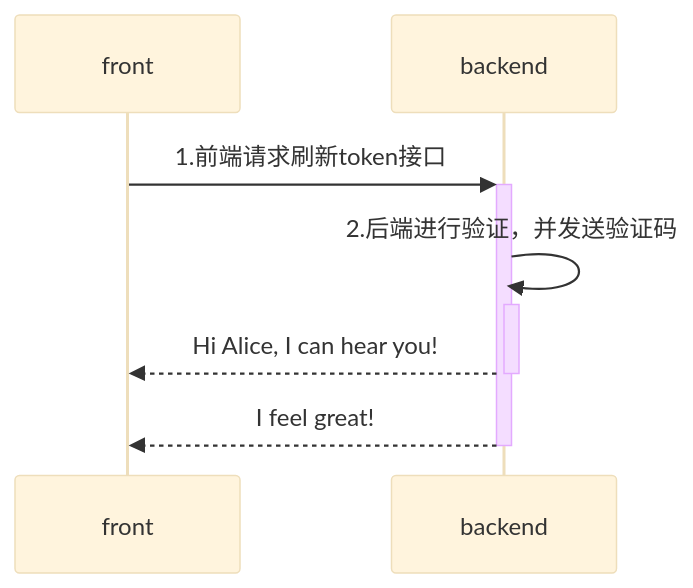
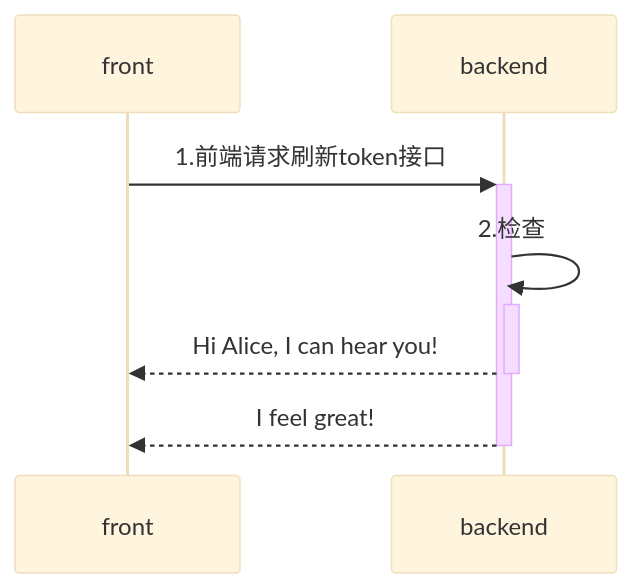
The diagram in all/未命名-4.md (yingjianzh/iodraw-files), drawn with Mermaid (base theme) before and after one commit.

Commit message:
2024-08-02 17:40:48 update

````diff
--- a/all/未命名-4.md
+++ b/all/未命名-4.md
@@ -1,8 +1,8 @@
 ```mermaid
 sequenceDiagram
     front->>+backend: 1.前端请求刷新token接口
-    backend->>+backend: 2.后端进行验证，并发送验证码
+    backend->>+backend: 2.检查
     backend-->>-front: Hi Alice, I can hear you!
     backend-->>-front: I feel great!
             
 ```
````
